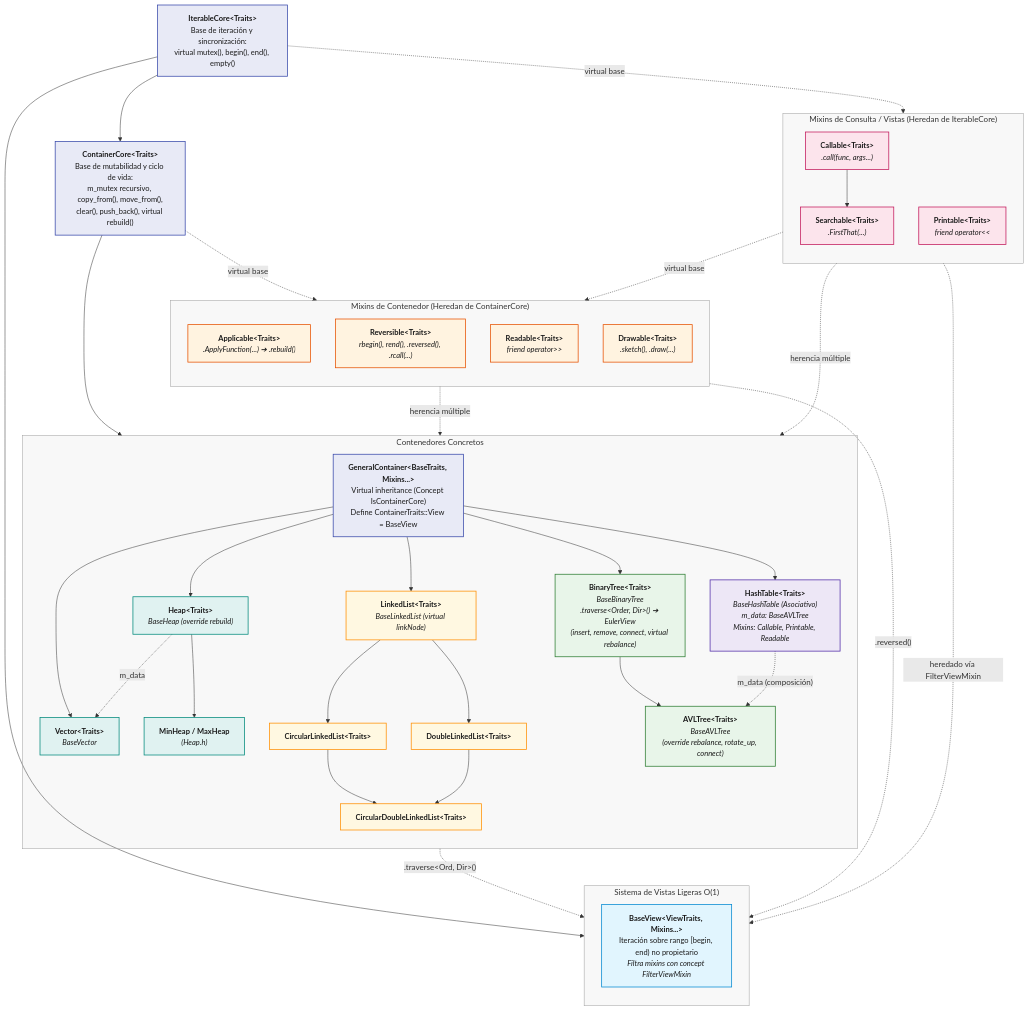
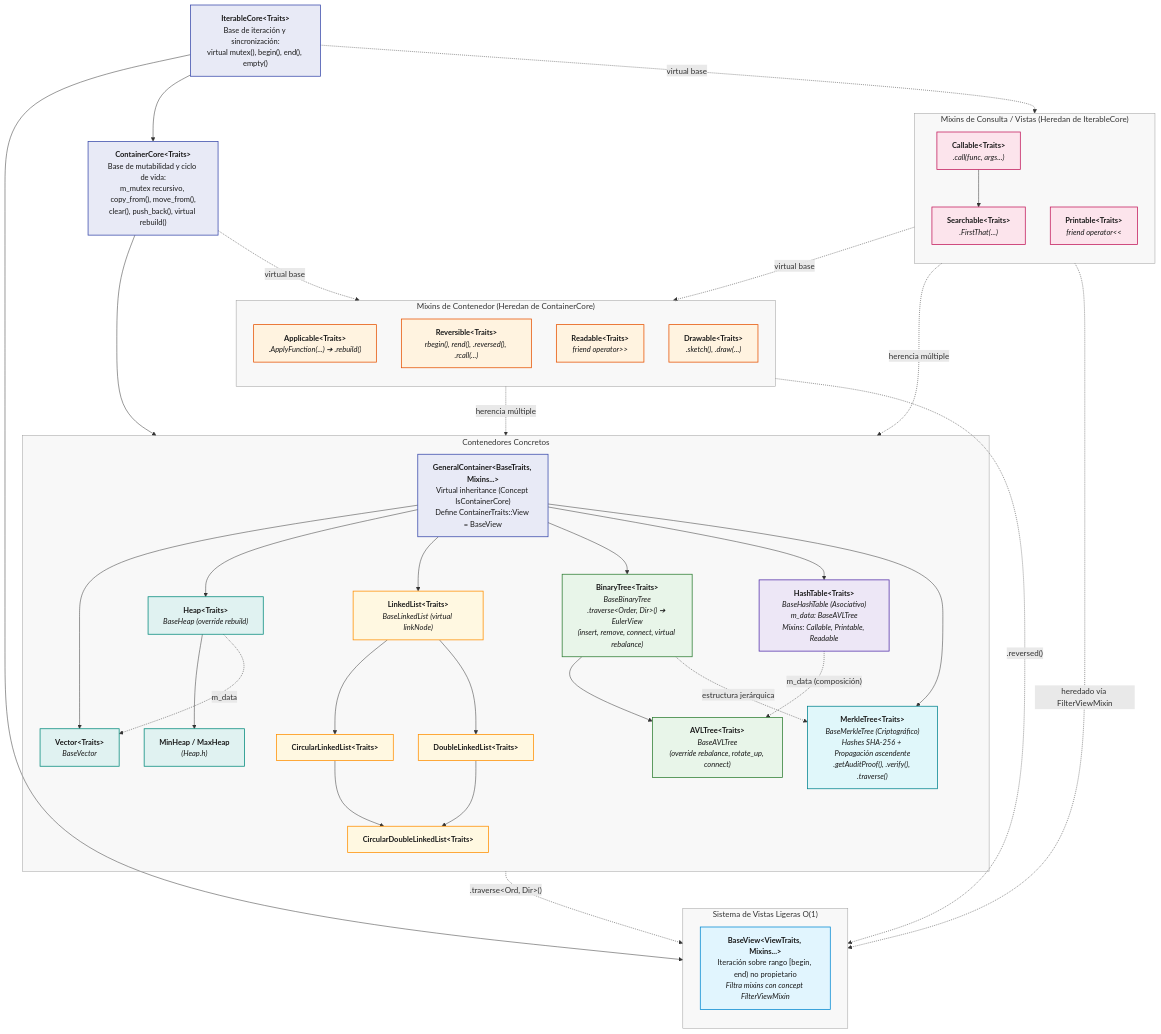
The second of 11 diagrams in README.md (AldoLunaBueno/2026-II-CS-UNI-CC0E5-AEDAv), drawn with Mermaid before and after one commit. The commit also changed other lines of this file and 2 other files, not shown here.

Commit message:
documentar gráficamente merkle y refactorización de layouts de visualización

```diff
--- a/README.md
+++ b/README.md
@@ -117,12 +122,14 @@
         BT["<b>BinaryTree#lt;Traits#gt;</b><br/><i>BaseBinaryTree<br/>.traverse#lt;Order, Dir#gt;() ➔ EulerView<br/>(insert, remove, connect, virtual rebalance)</i>"]
         AVL["<b>AVLTree#lt;Traits#gt;</b><br/><i>BaseAVLTree<br/>(override rebalance, rotate_up, connect)</i>"]
         HT["<b>HashTable#lt;Traits#gt;</b><br/><i>BaseHashTable (Asociativo)<br/>m_data: BaseAVLTree<br/>Mixins: Callable, Printable, Readable</i>"]
+        MT["<b>MerkleTree#lt;Traits#gt;</b><br/><i>BaseMerkleTree (Criptográfico)<br/>Hashes SHA-256 + Propagación ascendente<br/>.getAuditProof(), .verify(), .traverse()</i>"]
 
         GC --> V
         GC --> H
         GC --> LL
         GC --> BT
         GC --> HT
+        GC --> MT
 
         H --> MH
         H -. "m_data" .-> V
@@ -134,6 +141,7 @@
 
         BT --> AVL
         HT -. "m_data (composición)" .-> AVL
+        BT -. "estructura jerárquica" .-> MT
     end
 
     REV -. ".reversed()" .-> BV
@@ -147,6 +155,7 @@
     classDef lista fill:#FFF8E1,stroke:#FF8F00,color:#1A1A1A,stroke-width:1.5px,font-size:15px;
     classDef arbol fill:#E8F5E9,stroke:#2E7D32,color:#1A1A1A,stroke-width:1.5px,font-size:15px;
     classDef hash fill:#EDE7F6,stroke:#512DA8,color:#1A1A1A,stroke-width:1.5px,font-size:15px;
+    classDef merkle fill:#E0F7FA,stroke:#00838F,color:#1A1A1A,stroke-width:1.5px,font-size:15px;
 
     class IC,CC,GC core
     class CAL,SEA,PRI mix_q
@@ -156,6 +165,7 @@
     class LL,LC,LDE,LDEC lista
     class BT,AVL arbol
     class HT hash
+    class MT merkle
 
     style MIX_Q fill:#8080800F,stroke:#9E9E9E,stroke-width:1px
     style MIX_C fill:#8080800F,stroke:#9E9E9E,stroke-width:1px
```
